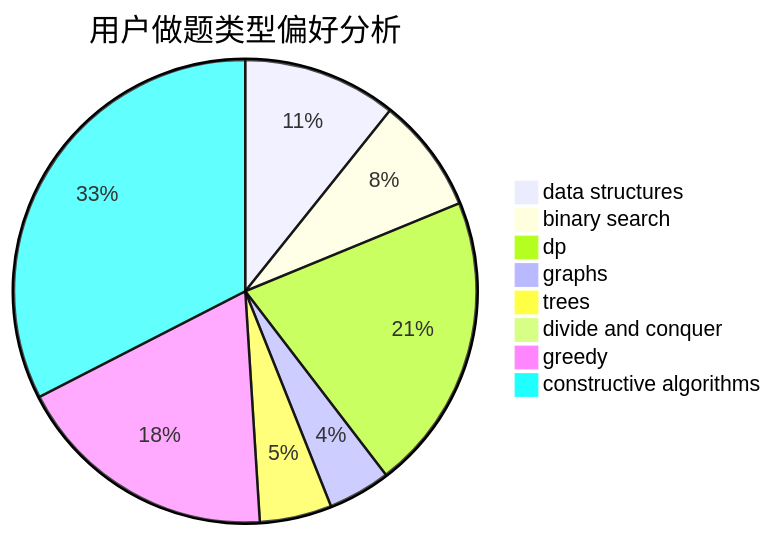
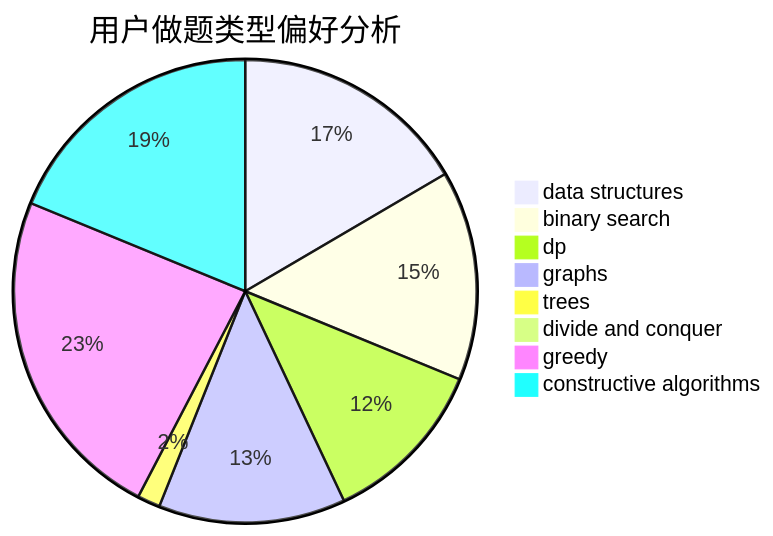
One commit to sherpahu/cfrs.github.io changed the second of 3 diagrams in docs/user/u1143.md. Above: the diagram before and after it, drawn with Mermaid. The commit also changed other lines of this file and 2770 other files, not shown here.

````diff
--- a/docs/user/u1143.md
+++ b/docs/user/u1143.md
@@ -23,11 +23,11 @@
 ```mermaid
 pie title 用户做题类型偏好分析
-    "data structures" :  32
-    "binary search" :  24
-    "dp" :  62
-    "graphs" :  13
-    "trees" :  15
-    "divide and conquer" :  0
-    "greedy" :  55
-    "constructive algorithms" :  97
+    "data structures" :  52
+    "binary search" :  46
+    "dp" :  37
+    "graphs" :  41
+    "trees" :  5
+    "divide and conquer" :  1
+    "greedy" :  74
+    "constructive algorithms" :  59
 ```
````
